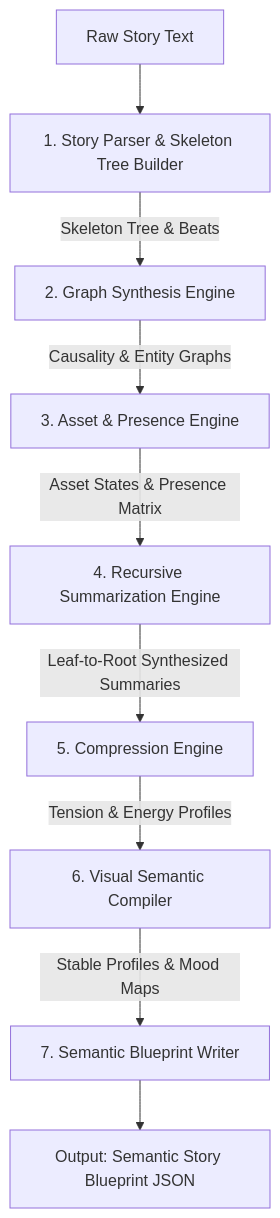
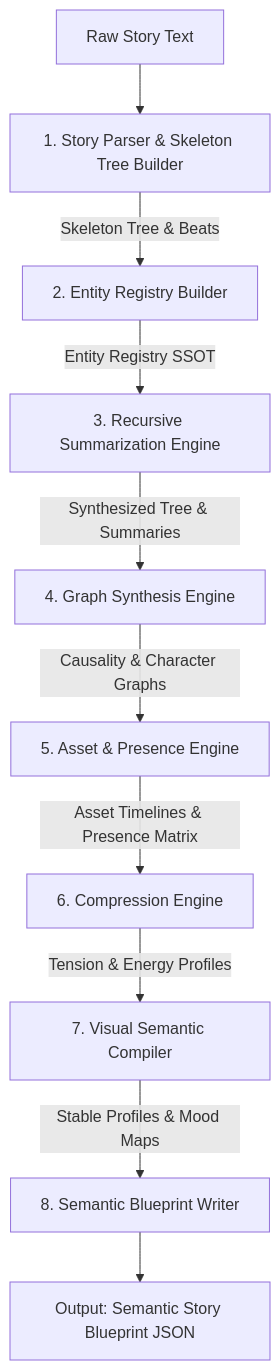
One commit to TheUn4given123jkbkjs/CiB changed the diagram in agents/story_analyst/ARCHITECTURE.md. Above: the diagram before and after it, drawn with Mermaid. The commit also changed other lines of this file and 19 other files, not shown here.

````diff
--- a/agents/story_analyst/ARCHITECTURE.md
+++ b/agents/story_analyst/ARCHITECTURE.md
@@ -10,11 +10,12 @@
 ```mermaid
 graph TD
     Story[Raw Story Text] --> Parser[1. Story Parser & Skeleton Tree Builder]
-    Parser -->|Skeleton Tree & Beats| GraphEng[2. Graph Synthesis Engine]
-    GraphEng -->|Causality & Entity Graphs| AssetEng[3. Asset & Presence Engine]
-    AssetEng -->|Asset States & Presence Matrix| RecSummarizer[4. Recursive Summarization Engine]
-    RecSummarizer -->|Leaf-to-Root Synthesized Summaries| CompEng[5. Compression Engine]
-    CompEng -->|Tension & Energy Profiles| VisualEng[6. Visual Semantic Compiler]
-    VisualEng -->|Stable Profiles & Mood Maps| BlueWriter[7. Semantic Blueprint Writer]
+    Parser -->|Skeleton Tree & Beats| RegistryEng[2. Entity Registry Builder]
+    RegistryEng -->|Entity Registry SSOT| RecSummarizer[3. Recursive Summarization Engine]
+    RecSummarizer -->|Synthesized Tree & Summaries| GraphEng[4. Graph Synthesis Engine]
+    GraphEng -->|Causality & Character Graphs| AssetEng[5. Asset & Presence Engine]
+    AssetEng -->|Asset Timelines & Presence Matrix| CompEng[6. Compression Engine]
+    CompEng -->|Tension & Energy Profiles| VisualEng[7. Visual Semantic Compiler]
+    VisualEng -->|Stable Profiles & Mood Maps| BlueWriter[8. Semantic Blueprint Writer]
     BlueWriter --> Blueprint[Output: Semantic Story Blueprint JSON]
 ```
````
